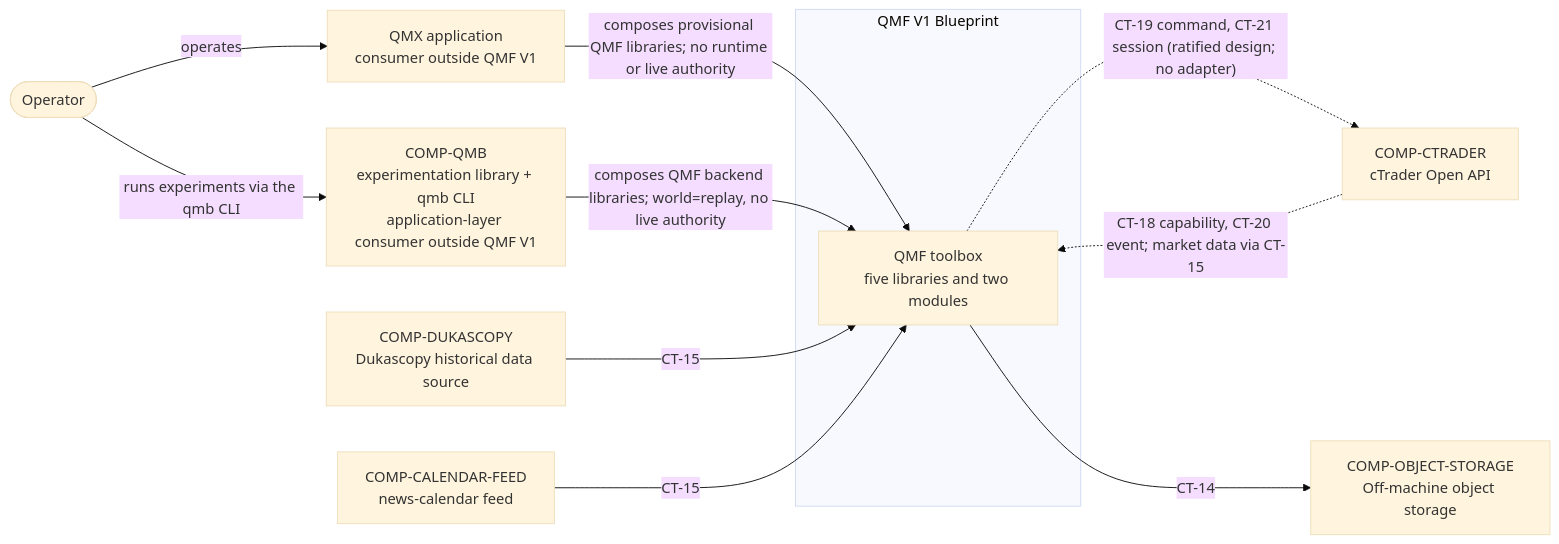
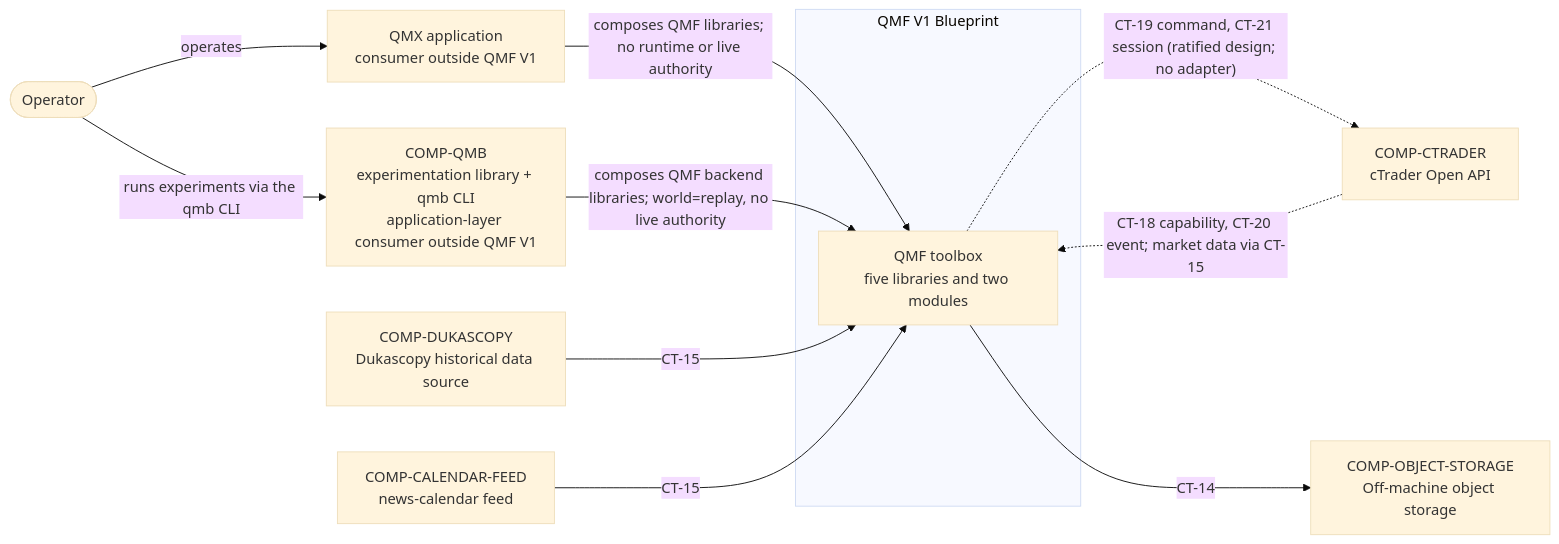
One commit to MubarakHimself/QMX changed the third of 7 diagrams in docs/architecture/overview.md. Above: the diagram before and after it, drawn with Mermaid (base theme). The commit also changed other lines of this file and 101 other files, not shown here.

````diff
--- a/docs/architecture/overview.md
+++ b/docs/architecture/overview.md
@@ -68,23 +68,23 @@
 ```mermaid
 flowchart LR
     operator([Operator])
     qmx["QMX application<br/>consumer outside QMF V1"]
     qmb["COMP-QMB<br/>experimentation library + qmb CLI<br/>application-layer consumer outside QMF V1"]
     subgraph qmf_system["QMF V1 Blueprint"]
         qmf["QMF toolbox<br/>five libraries and two modules"]
     end
     ctrader["COMP-CTRADER<br/>cTrader Open API"]
     dukascopy["COMP-DUKASCOPY<br/>Dukascopy historical data source"]
     calendar["COMP-CALENDAR-FEED<br/>news-calendar feed"]
     object_storage["COMP-OBJECT-STORAGE<br/>Off-machine object storage"]
 
     operator -->|"operates"| qmx
     operator -->|"runs experiments via the qmb CLI"| qmb
-    qmx -->|"composes provisional QMF libraries; no runtime or live authority"| qmf
+    qmx -->|"composes QMF libraries; no runtime or live authority"| qmf
     qmb -->|"composes QMF backend libraries; world=replay, no live authority"| qmf
     qmf -.->|"CT-19 command, CT-21 session (ratified design; no adapter)"| ctrader
     ctrader -.->|"CT-18 capability, CT-20 event; market data via CT-15"| qmf
     dukascopy -->|"CT-15"| qmf
     calendar -->|"CT-15"| qmf
     qmf -->|"CT-14"| object_storage
 ```
````
